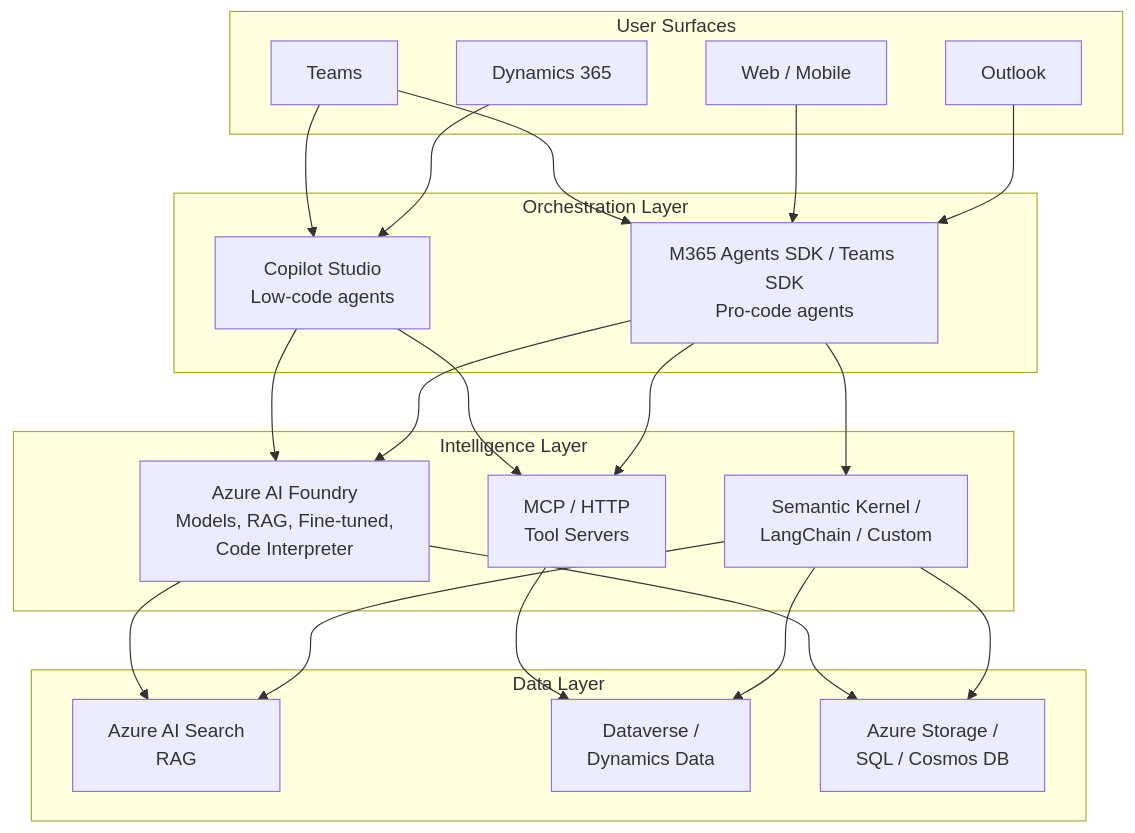
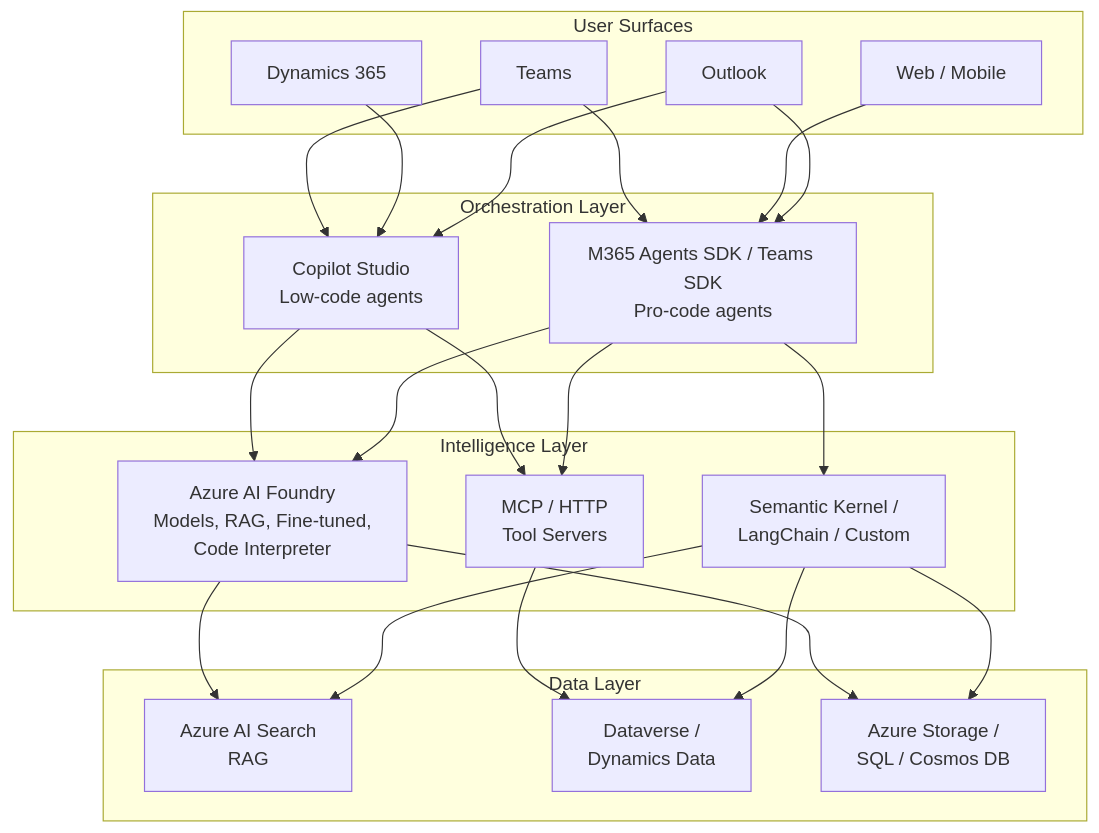
One commit to bradrlaw/agent-modernization-workshops changed the first of 6 diagrams in docs/ai-foundry-review.md. Above: the diagram before and after it, drawn with Mermaid.

Commit message:
docs: add Outlook → Copilot Studio link in unified architecture diagram

````diff
--- a/docs/ai-foundry-review.md
+++ b/docs/ai-foundry-review.md
@@ -93,45 +93,46 @@
 ```mermaid
 graph TB
     subgraph USER_SURFACES["User Surfaces"]
         Teams[Teams]
         D365[Dynamics 365]
         WebMobile[Web / Mobile]
         Outlook[Outlook]
     end
 
     subgraph ORCHESTRATION["Orchestration Layer"]
         CopilotStudio[Copilot Studio<br/>Low-code agents]
         AgentsSDK[M365 Agents SDK / Teams SDK<br/>Pro-code agents]
     end
 
     subgraph INTELLIGENCE["Intelligence Layer"]
         Foundry[Azure AI Foundry<br/>Models, RAG, Fine-tuned,<br/>Code Interpreter]
         MCP[MCP / HTTP<br/>Tool Servers]
         SK[Semantic Kernel /<br/>LangChain / Custom]
     end
 
     subgraph DATA["Data Layer"]
         Search[Azure AI Search<br/>RAG]
         Dataverse[Dataverse /<br/>Dynamics Data]
         Storage[Azure Storage /<br/>SQL / Cosmos DB]
     end
 
     Teams --> CopilotStudio
     Teams --> AgentsSDK
     D365 --> CopilotStudio
     WebMobile --> AgentsSDK
     Outlook --> AgentsSDK
+    Outlook --> CopilotStudio
 
     CopilotStudio --> Foundry
     CopilotStudio --> MCP
     AgentsSDK --> Foundry
     AgentsSDK --> SK
     AgentsSDK --> MCP
 
     Foundry --> Search
     Foundry --> Storage
     MCP --> Dataverse
     SK --> Search
     SK --> Dataverse
     SK --> Storage
 ```
````
